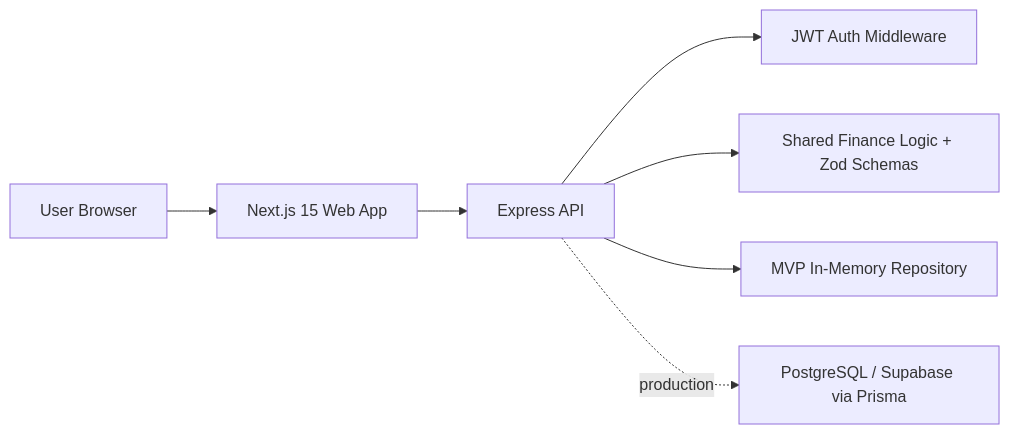
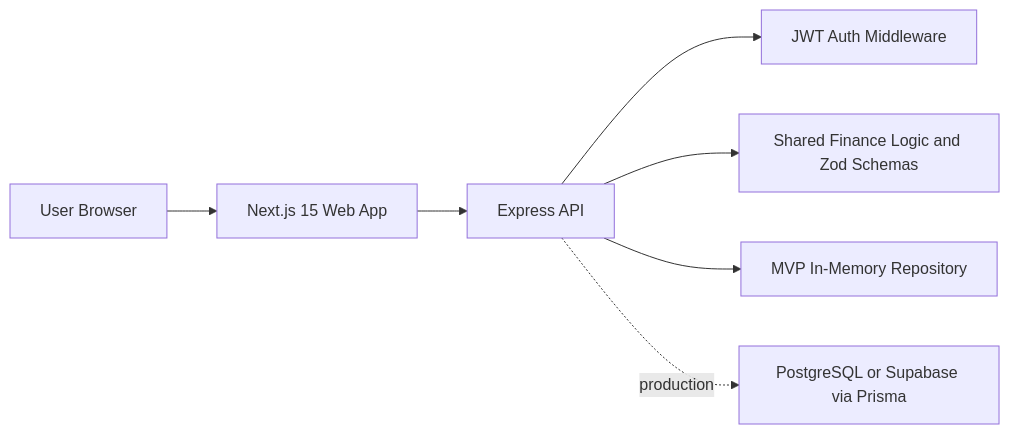
One commit to ASHISH-7142023/FinSphere-AI changed the diagram in docs/architecture.md. Above: the diagram before and after it, drawn with Mermaid.

Commit message:
Fix mermaid quotes in architecture.md

````diff
--- a/docs/architecture.md
+++ b/docs/architecture.md
@@ -3,9 +3,9 @@
 ```mermaid
 flowchart LR
-  User["User Browser"] --> Web["Next.js 15 Web App"]
-  Web --> API["Express API"]
-  API --> Auth["JWT Auth Middleware"]
-  API --> Logic["Shared Finance Logic + Zod Schemas"]
-  API --> Repo["MVP In-Memory Repository"]
-  API -. production .-> DB["PostgreSQL / Supabase via Prisma"]
+  User[User Browser] --> Web[Next.js 15 Web App]
+  Web --> API[Express API]
+  API --> Auth[JWT Auth Middleware]
+  API --> Logic[Shared Finance Logic and Zod Schemas]
+  API --> Repo[MVP In-Memory Repository]
+  API -. production .-> DB[PostgreSQL or Supabase via Prisma]
 ```
````
